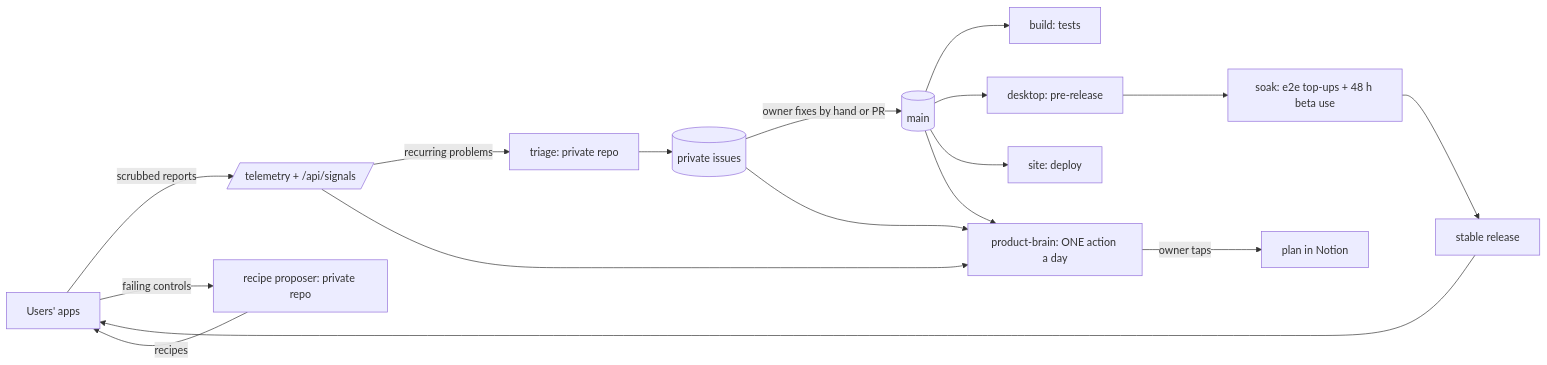
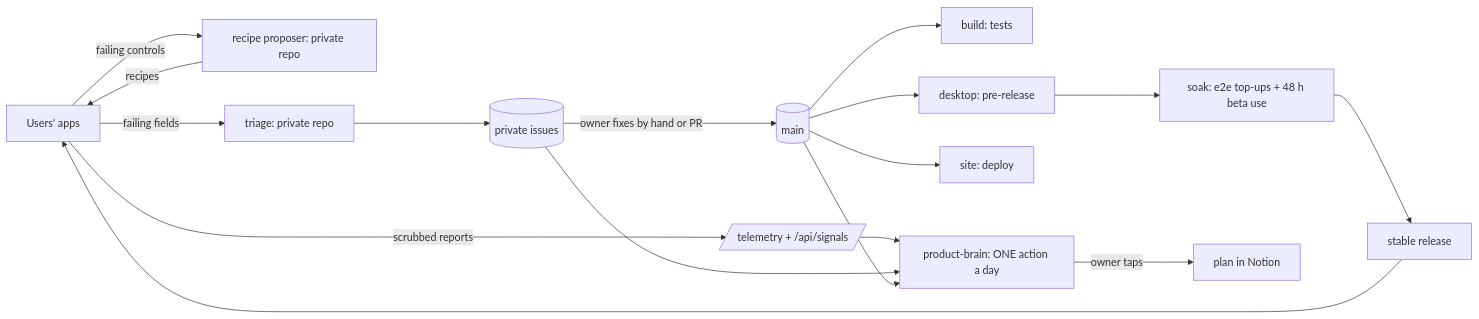
One commit to GarryOne/job-pilotto changed the diagram in docs/HOW-IT-RUNS.md. Above: the diagram before and after it, drawn with Mermaid. The commit also changed other lines of this file and 16 other files, not shown here.

````diff
--- a/docs/HOW-IT-RUNS.md
+++ b/docs/HOW-IT-RUNS.md
@@ -14,10 +14,10 @@
 ```mermaid
 flowchart LR
   apps[Users' apps] -- scrubbed reports --> tel[/telemetry + /api/signals/]
   apps -- failing controls --> prop[recipe proposer: private repo] -- recipes --> apps
-  tel -- recurring problems --> triage[triage: private repo] --> issues[(private issues)]
+  apps -- failing fields --> triage[triage: private repo] --> issues[(private issues)]
   issues -- owner fixes by hand or PR --> main[(main)]
   main --> ci[build: tests] & desktop[desktop: pre-release] & site[site: deploy]
   desktop --> canary[soak: e2e top-ups + 48 h beta use] --> stable[stable release] --> apps
   tel & issues & main --> brain[product-brain: ONE action a day] -- owner taps --> plan[plan in Notion]
 ```
````
